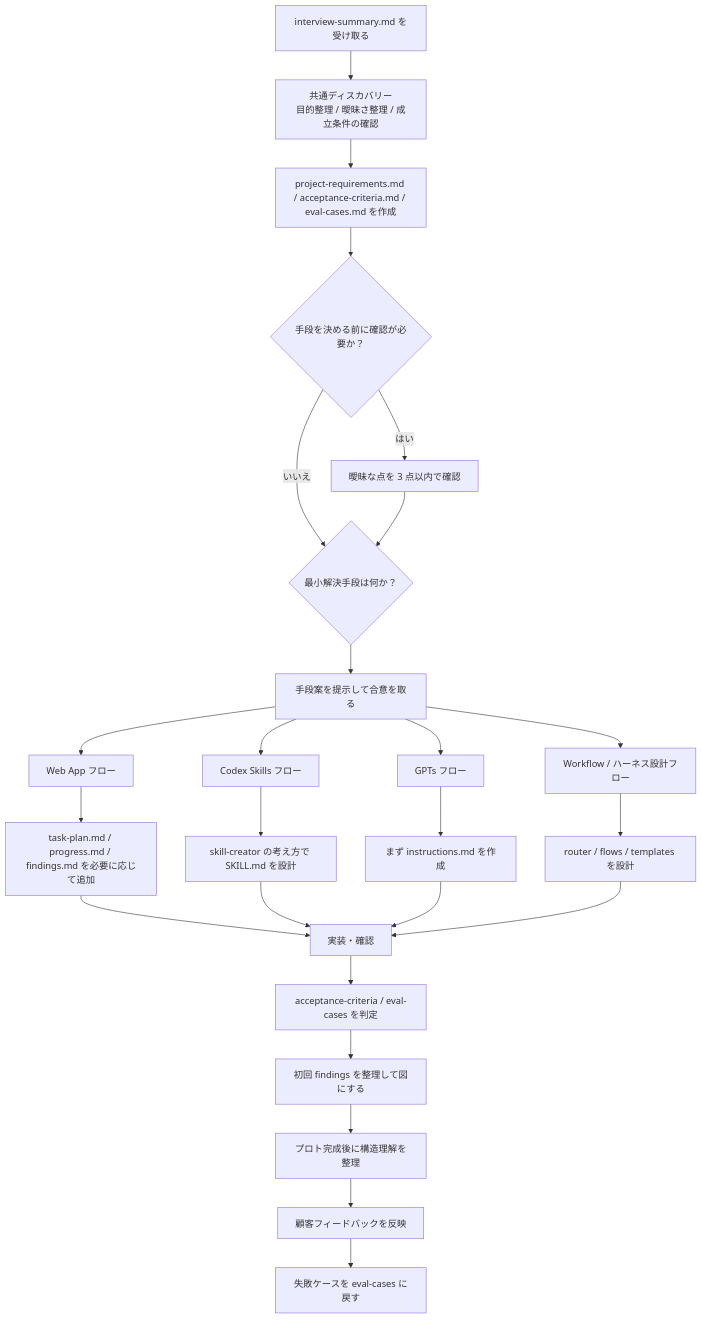
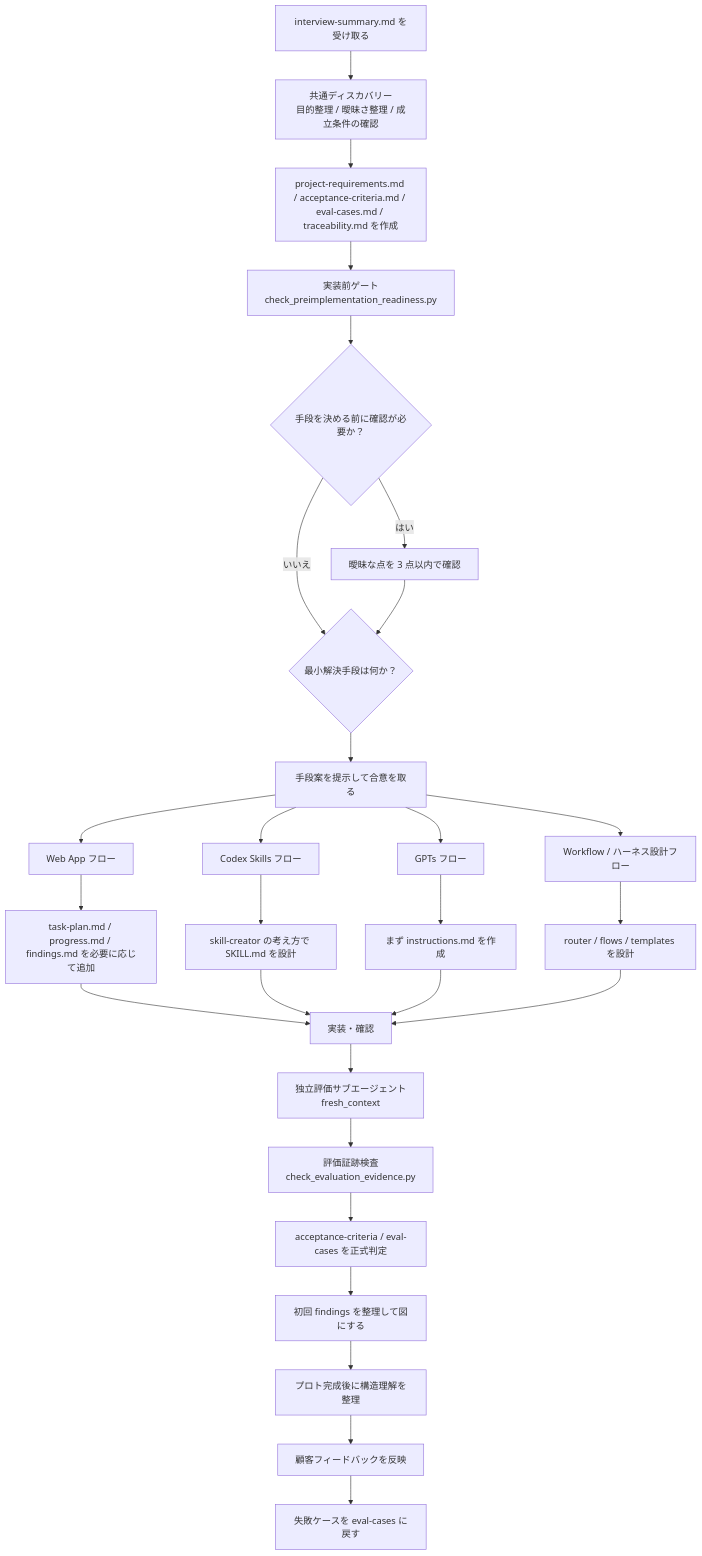
The first of 5 diagrams in README.md (ryota-nakazawa/ultra_sprint_harness), drawn with Mermaid before and after one commit. The commit also changed other lines of this file and 151 other files, not shown here.

````diff
--- a/README.md
+++ b/README.md
@@ -86,27 +93,30 @@
 ```mermaid
 flowchart TD
     A["interview-summary.md を受け取る"] --> B["共通ディスカバリー<br/>目的整理 / 曖昧さ整理 / 成立条件の確認"]
-    B --> C["project-requirements.md / acceptance-criteria.md / eval-cases.md を作成"]
-    C --> D{"手段を決める前に確認が必要か？"}
+    B --> C["project-requirements.md / acceptance-criteria.md / eval-cases.md / traceability.md を作成"]
+    C --> C2["実装前ゲート<br/>check_preimplementation_readiness.py"]
+    C2 --> D{"手段を決める前に確認が必要か？"}
     D -->|はい| E["曖昧な点を 3 点以内で確認"]
     D -->|いいえ| F{"最小解決手段は何か？"}
     E --> F
     F --> G["手段案を提示して合意を取る"]
     G --> H["Web App フロー"]
     G --> I["Codex Skills フロー"]
     G --> J["GPTs フロー"]
     G --> K["Workflow / ハーネス設計フロー"]
     H --> L["task-plan.md / progress.md / findings.md を必要に応じて追加"]
     I --> M["skill-creator の考え方で SKILL.md を設計"]
     J --> N["まず instructions.md を作成"]
     K --> O["router / flows / templates を設計"]
     L --> P["実装・確認"]
     M --> P
     N --> P
     O --> P
-    P --> Q["acceptance-criteria / eval-cases を判定"]
-    Q --> R["初回 findings を整理して図にする"]
-    R --> S["プロト完成後に構造理解を整理"]
-    S --> T["顧客フィードバックを反映"]
-    T --> U["失敗ケースを eval-cases に戻す"]
+    P --> Q["独立評価サブエージェント<br/>fresh_context"]
+    Q --> Q2["評価証跡検査<br/>check_evaluation_evidence.py"]
+    Q2 --> R["acceptance-criteria / eval-cases を正式判定"]
+    R --> S["初回 findings を整理して図にする"]
+    S --> T["プロト完成後に構造理解を整理"]
+    T --> U["顧客フィードバックを反映"]
+    U --> V["失敗ケースを eval-cases に戻す"]
 ```
````
